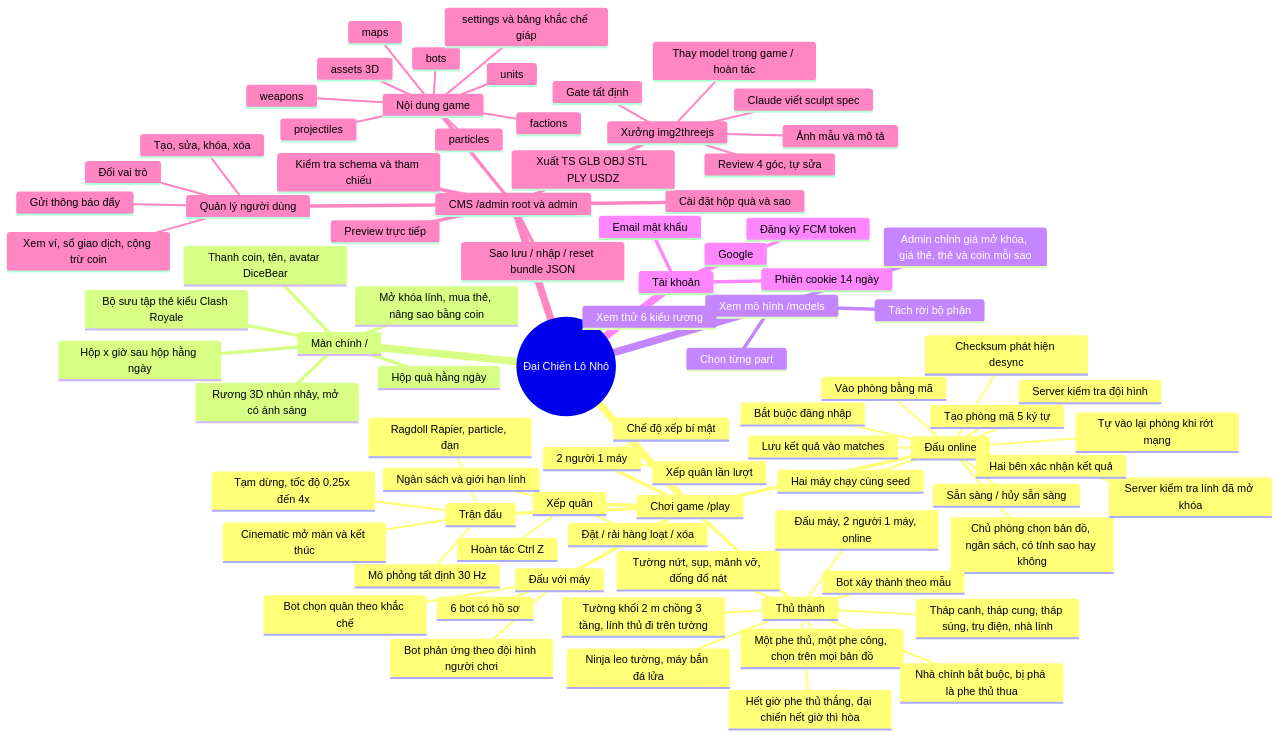
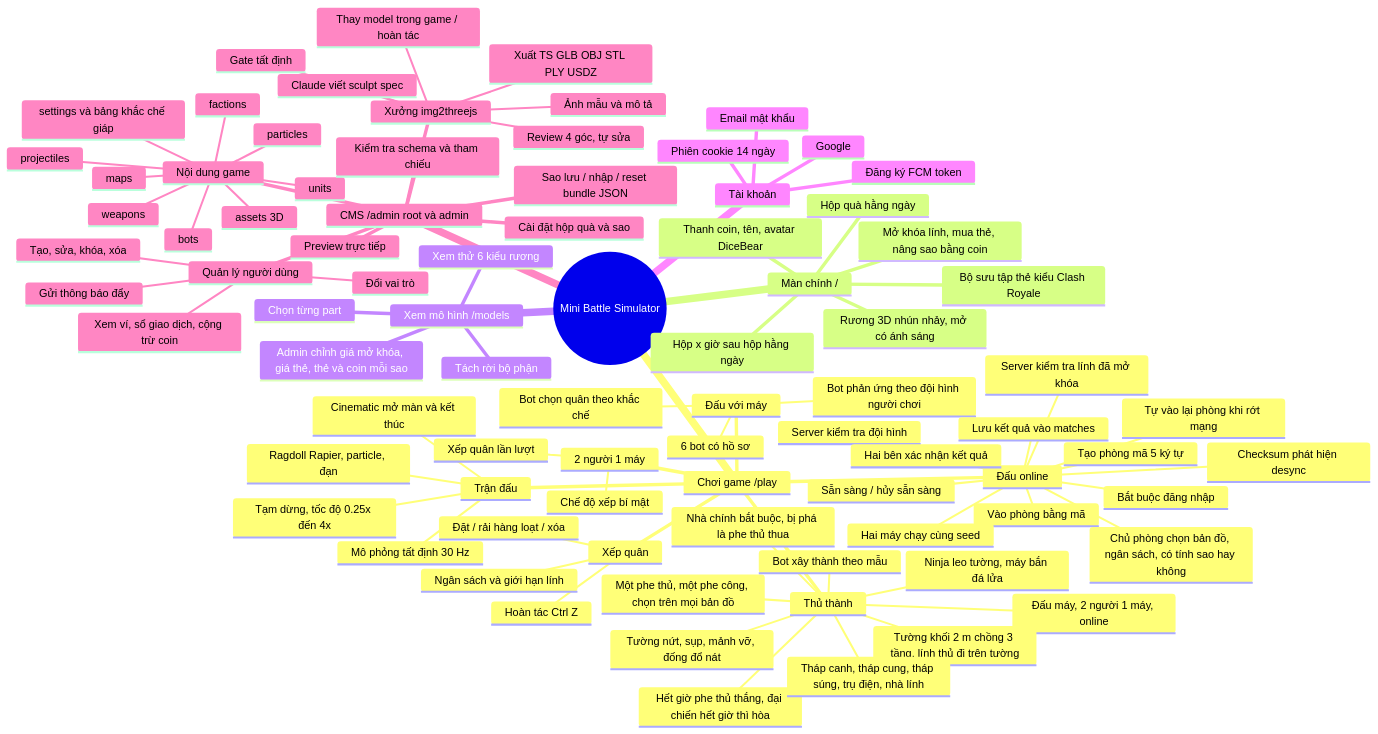
The second of 11 diagrams in docs/ARCHITECTURE.md (lualua0909/simulator-battle-webgame), drawn with Mermaid before and after one commit. The commit also changed other lines of this file and 24 other files, not shown here.

````diff
--- a/docs/ARCHITECTURE.md
+++ b/docs/ARCHITECTURE.md
@@ -82,6 +82,6 @@
 ```mermaid
 mindmap
-  root((Đại Chiến Lô Nhô))
+  root((Mini Battle Simulator))
     Chơi game /play
       Đấu với máy
         6 bot có hồ sơ
````
